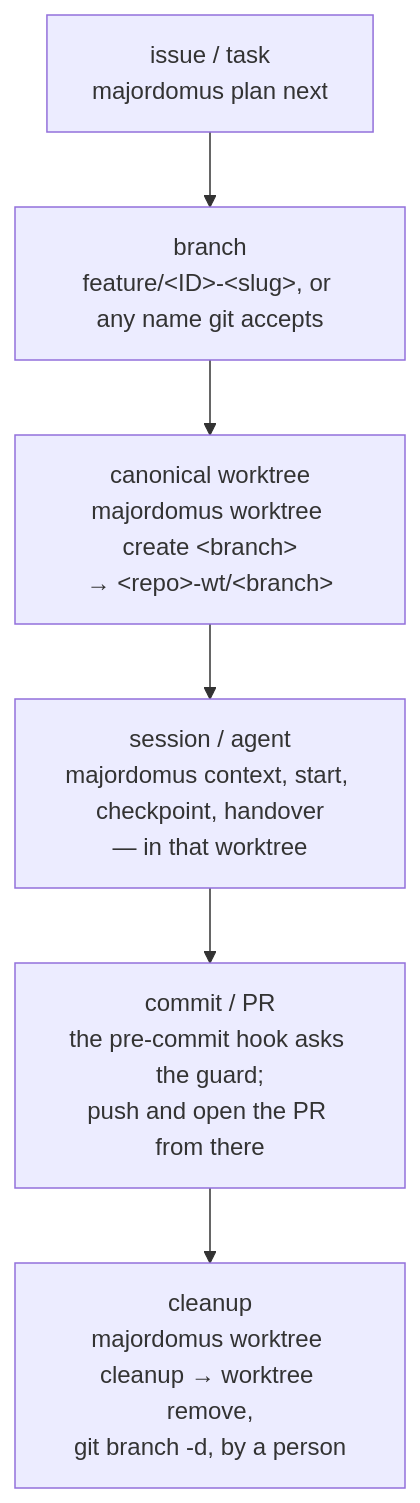
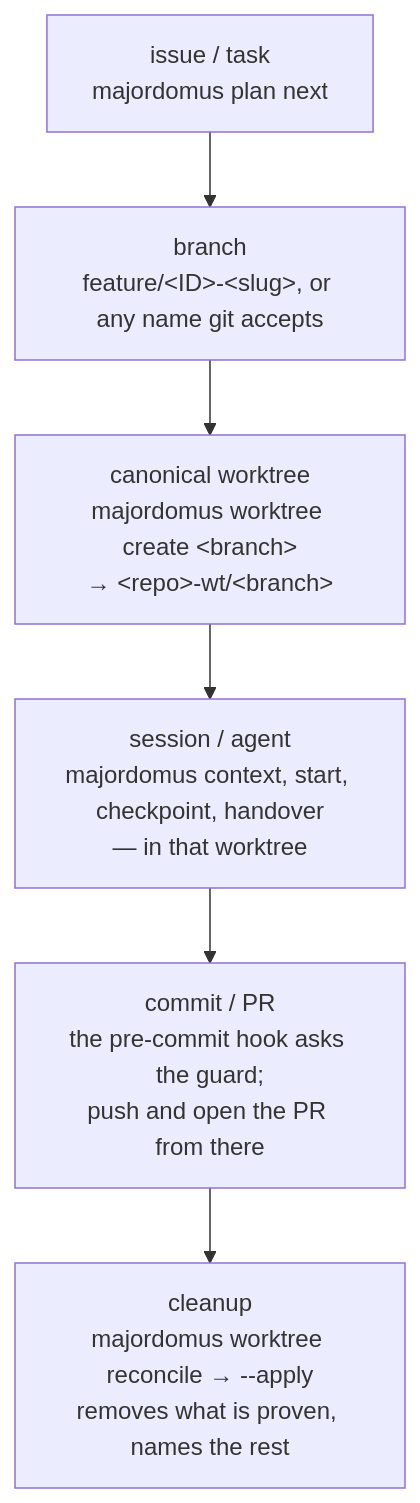
Before and after one commit to korczis/prismatic-majordomus: the second of 2 diagrams in docs/WORKTREES.md, drawn with Mermaid. The commit also changed other lines of this file and 319 other files, not shown here.

````diff
--- a/docs/WORKTREES.md
+++ b/docs/WORKTREES.md
@@ -207,14 +211,14 @@
 ```mermaid
 flowchart TD
   issue["issue / task<br>majordomus plan next"]
   branch["branch<br>feature/&lt;ID&gt;-&lt;slug&gt;, or any name git accepts"]
   worktree["canonical worktree<br>majordomus worktree create &lt;branch&gt;<br>→ &lt;repo&gt;-wt/&lt;branch&gt;"]
   session["session / agent<br>majordomus context, start, checkpoint, handover<br>— in that worktree"]
   commit["commit / PR<br>the pre-commit hook asks the guard;<br>push and open the PR from there"]
-  cleanup["cleanup<br>majordomus worktree cleanup → worktree remove,<br>git branch -d, by a person"]
+  cleanup["cleanup<br>majordomus worktree reconcile → --apply<br>removes what is proven, names the rest"]
   issue --> branch
   branch --> worktree
   worktree --> session
   session --> commit
   commit --> cleanup
 ```
````
